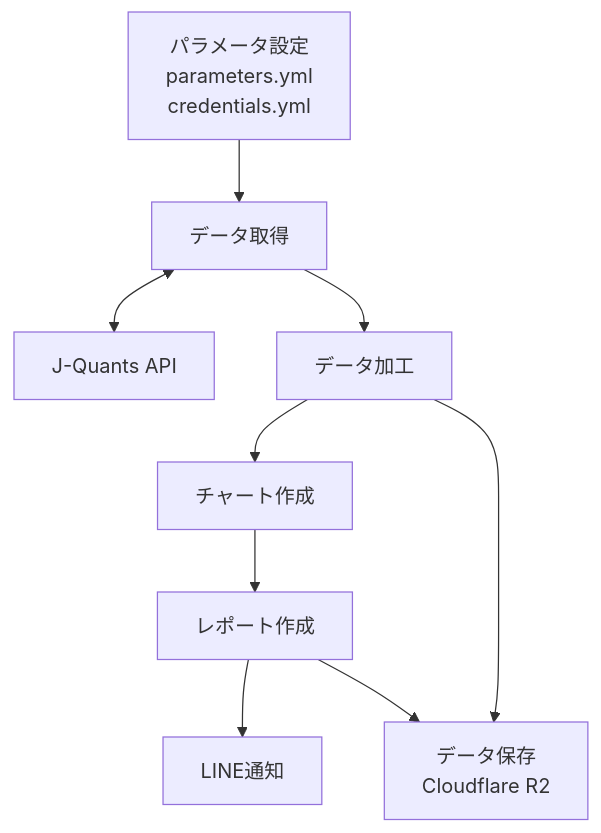
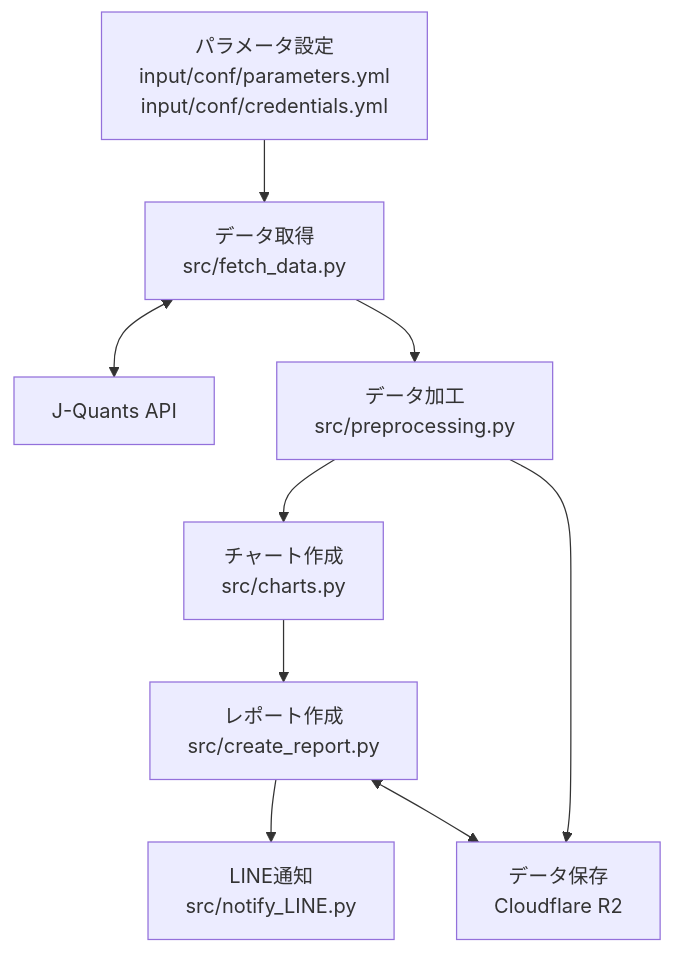
Before and after one commit to hiroyfm/new-high-report: the diagram in README.md, drawn with Mermaid.

````diff
--- a/README.md
+++ b/README.md
@@ -70,14 +70,14 @@
 ```mermaid
 flowchart TD
-    A[パラメータ設定<br/>parameters.yml<br/>credentials.yml] --> B[データ取得]
+    A[パラメータ設定<br/>input/conf/parameters.yml<br/>input/conf/credentials.yml] --> B[データ取得<br/>src/fetch_data.py]
 
     B <--> JQ[J-Quants API]
 
-    B --> C[データ加工]
-    C --> D[チャート作成]
-    D --> E[レポート作成]
-    E --> F[LINE通知]
+    B --> C[データ加工<br/>src/preprocessing.py]
+    C --> D[チャート作成<br/>src/charts.py]
+    D --> E[レポート作成<br/>src/create_report.py]
+    E --> F[LINE通知<br/>src/notify_LINE.py]
 
     C --> R2[データ保存<br/>Cloudflare R2]
-    E --> R2
+    E <--> R2
 ```
````
